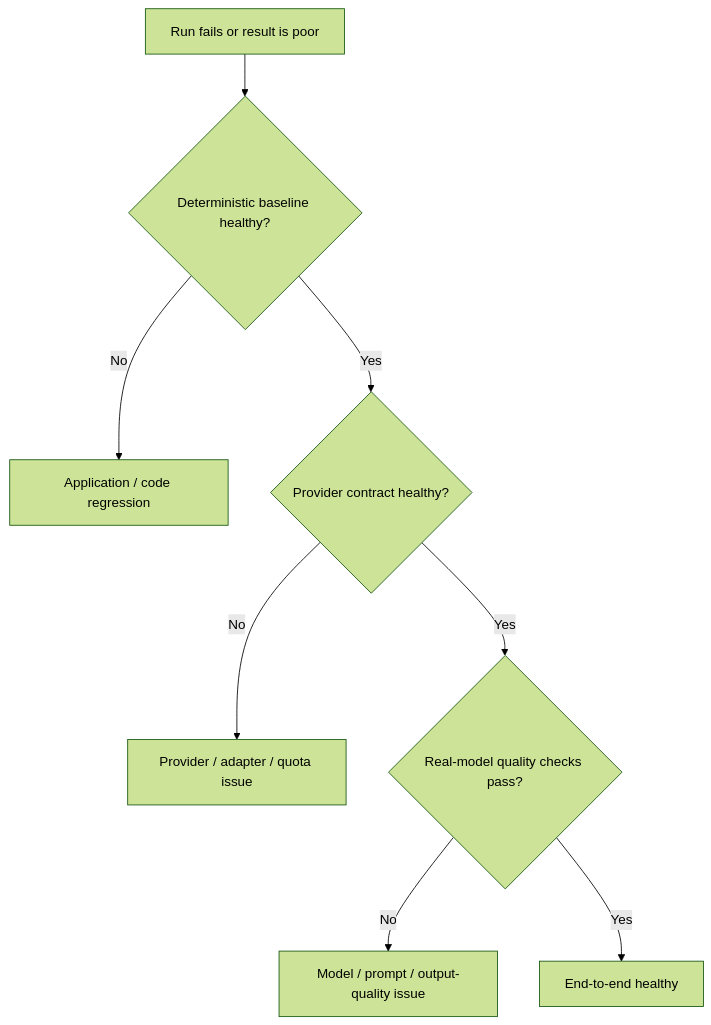
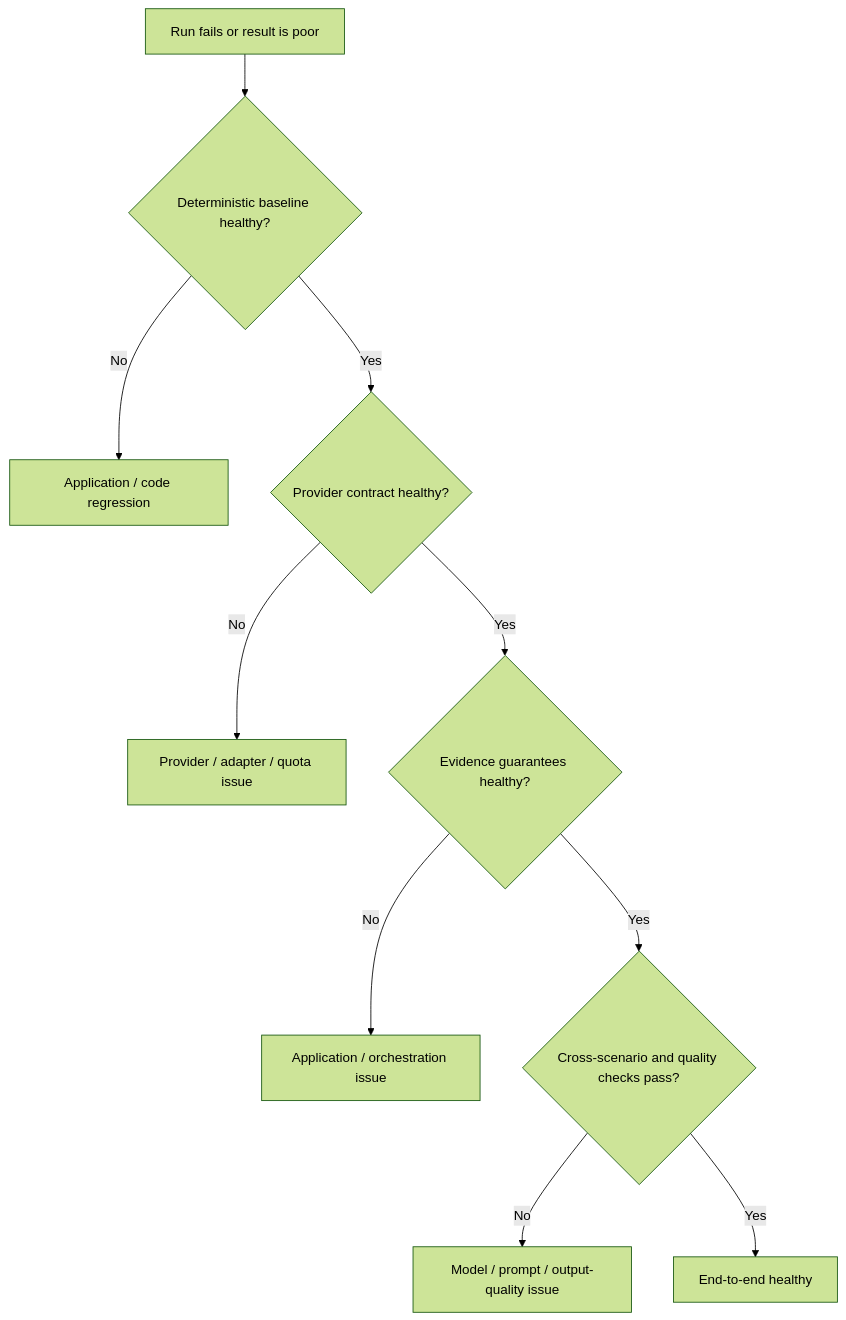
Before and after one commit to aboerzel/industrial-ai-agent: the diagram in docs/learning/real-model-quality-evaluation.md, drawn with Mermaid (forest theme). The commit also changed other lines of this file and 8 other files, not shown here.

````diff
--- a/docs/learning/real-model-quality-evaluation.md
+++ b/docs/learning/real-model-quality-evaluation.md
@@ -12,10 +17,12 @@
 ```mermaid
 flowchart TD
     A[Run fails or result is poor] --> B{Deterministic baseline healthy?}
     B -->|No| C[Application / code regression]
     B -->|Yes| D{Provider contract healthy?}
     D -->|No| E[Provider / adapter / quota issue]
-    D -->|Yes| F{Real-model quality checks pass?}
-    F -->|No| G[Model / prompt / output-quality issue]
-    F -->|Yes| H[End-to-end healthy]
+    D -->|Yes| F{Evidence guarantees healthy?}
+    F -->|No| G[Application / orchestration issue]
+    F -->|Yes| H{Cross-scenario and quality checks pass?}
+    H -->|No| I[Model / prompt / output-quality issue]
+    H -->|Yes| J[End-to-end healthy]
 ```
````
